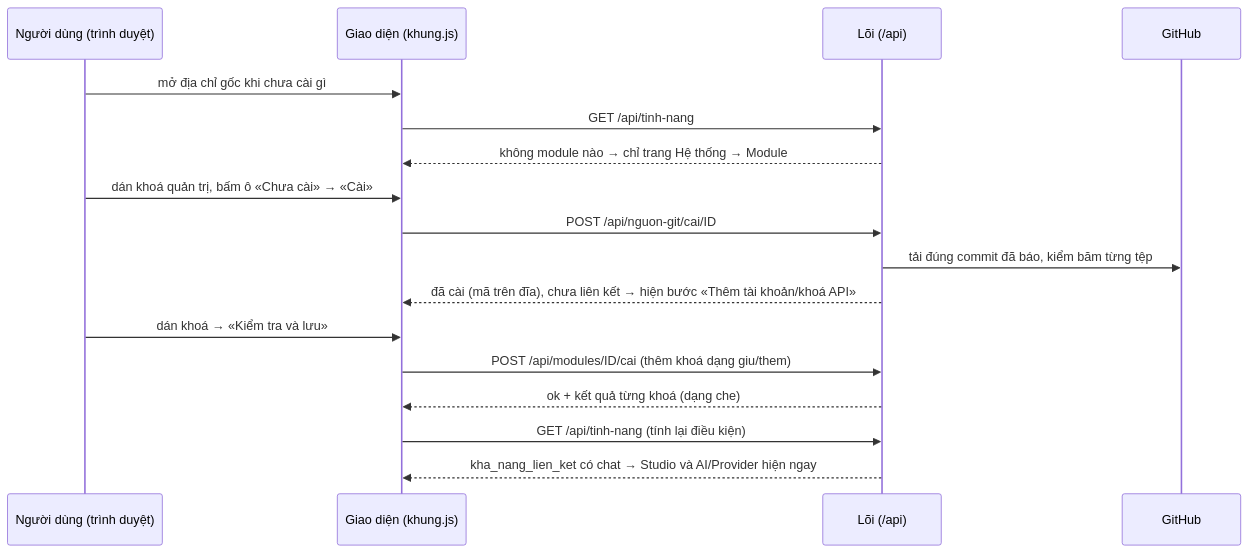
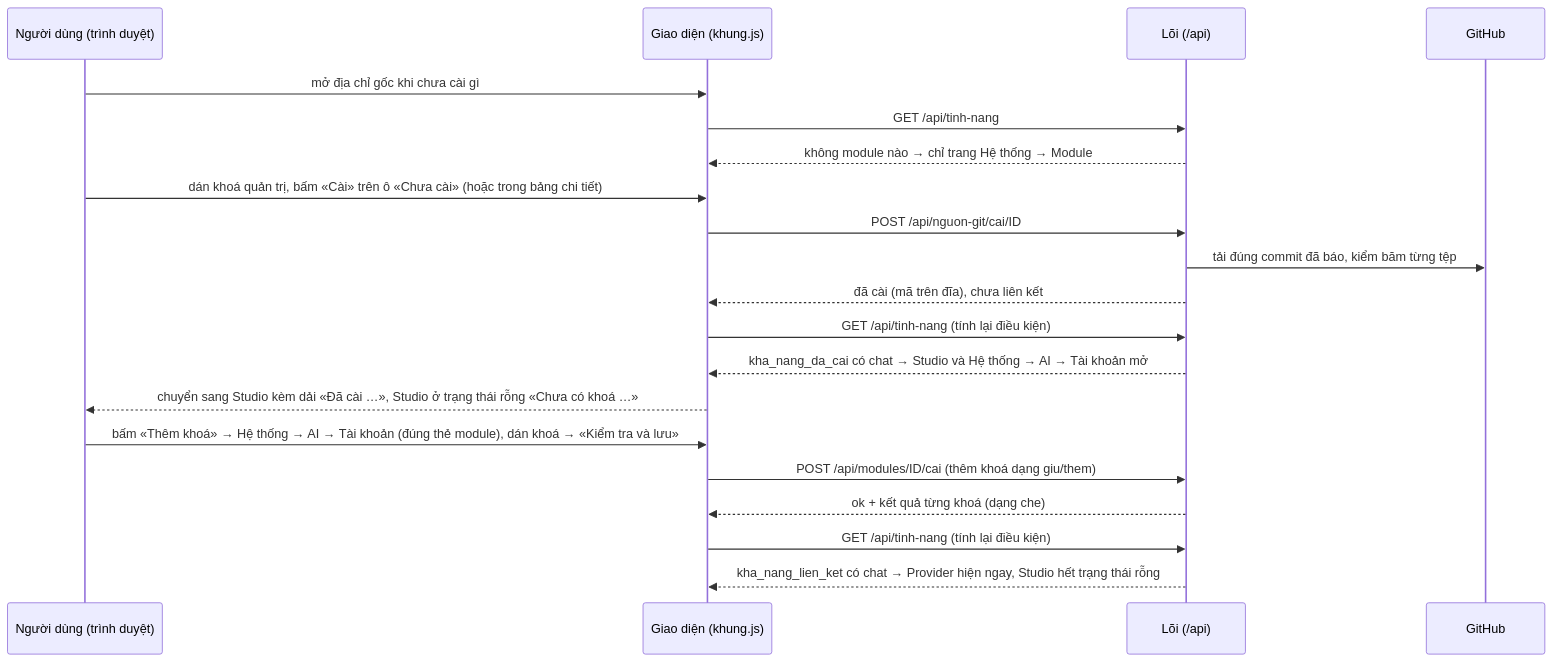
Before and after one commit to TriTue2011/web2api: the third of 3 diagrams in README.md, drawn with Mermaid. The commit also changed other lines of this file and 23 other files, not shown here.

````diff
--- a/README.md
+++ b/README.md
@@ -132,19 +132,22 @@
 ```mermaid
 sequenceDiagram
   participant U as Người dùng (trình duyệt)
   participant G as Giao diện (khung.js)
   participant L as Lõi (/api)
   participant H as GitHub
   U->>G: mở địa chỉ gốc khi chưa cài gì
   G->>L: GET /api/tinh-nang
   L-->>G: không module nào → chỉ trang Hệ thống → Module
-  U->>G: dán khoá quản trị, bấm ô «Chưa cài» → «Cài»
+  U->>G: dán khoá quản trị, bấm «Cài» trên ô «Chưa cài» (hoặc trong bảng chi tiết)
   G->>L: POST /api/nguon-git/cai/ID
   L->>H: tải đúng commit đã báo, kiểm băm từng tệp
-  L-->>G: đã cài (mã trên đĩa), chưa liên kết → hiện bước «Thêm tài khoản/khoá API»
-  U->>G: dán khoá → «Kiểm tra và lưu»
+  L-->>G: đã cài (mã trên đĩa), chưa liên kết
+  G->>L: GET /api/tinh-nang (tính lại điều kiện)
+  L-->>G: kha_nang_da_cai có chat → Studio và Hệ thống → AI → Tài khoản mở
+  G-->>U: chuyển sang Studio kèm dải «Đã cài …», Studio ở trạng thái rỗng «Chưa có khoá …»
+  U->>G: bấm «Thêm khoá» → Hệ thống → AI → Tài khoản (đúng thẻ module), dán khoá → «Kiểm tra và lưu»
   G->>L: POST /api/modules/ID/cai (thêm khoá dạng giu/them)
   L-->>G: ok + kết quả từng khoá (dạng che)
   G->>L: GET /api/tinh-nang (tính lại điều kiện)
-  L-->>G: kha_nang_lien_ket có chat → Studio và AI/Provider hiện ngay
+  L-->>G: kha_nang_lien_ket có chat → Provider hiện ngay, Studio hết trạng thái rỗng
 ```
````
